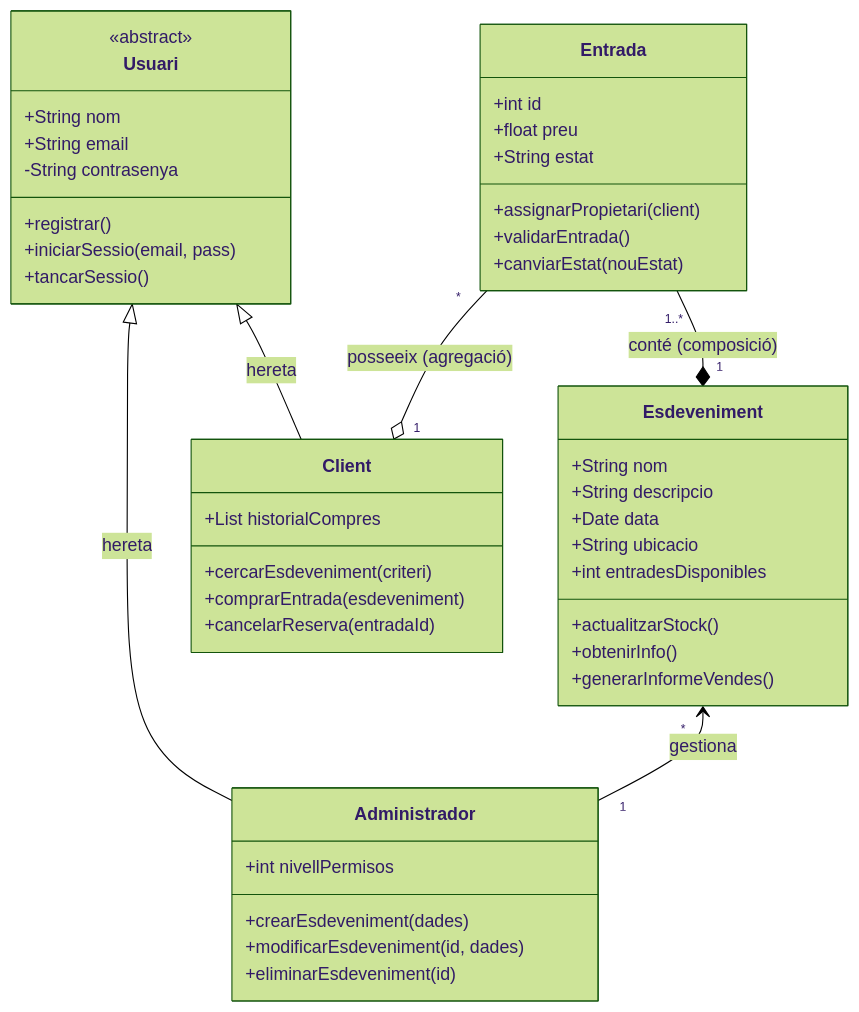
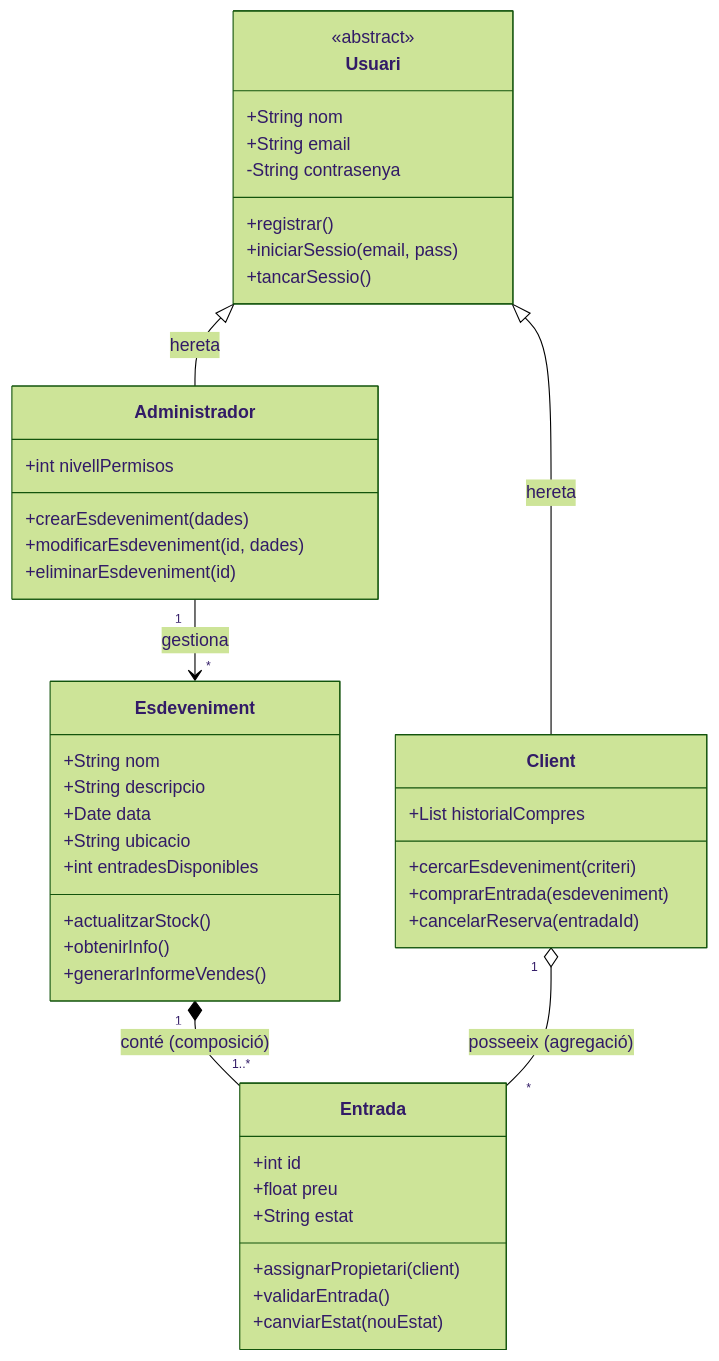
Before and after one commit to Gerardmorsilvestre/Entorns-25-26: the diagram in charts/UML.mermaid, drawn with Mermaid (forest theme).

```diff
--- a/charts/UML.mermaid
+++ b/charts/UML.mermaid
@@ -1,56 +1,56 @@
 classDiagram
-    direction BT
-    
+    direction TB
+
     %% Classe Base d'Usuari
     class Usuari {
         <<abstract>>
         +String nom
         +String email
         -String contrasenya
         +registrar()
         +iniciarSessio(email, pass)
         +tancarSessio()
     }
 
     %% Especialitzacions d'Usuari
     class Client {
         +List historialCompres
         +cercarEsdeveniment(criteri)
         +comprarEntrada(esdeveniment)
         +cancelarReserva(entradaId)
     }
 
     class Administrador {
         +int nivellPermisos
         +crearEsdeveniment(dades)
         +modificarEsdeveniment(id, dades)
         +eliminarEsdeveniment(id)
     }
 
     %% Entitats del Sistema
     class Esdeveniment {
         +String nom
         +String descripcio
         +Date data
         +String ubicacio
         +int entradesDisponibles
         +actualitzarStock()
         +obtenirInfo()
         +generarInformeVendes()
     }
 
     class Entrada {
         +int id
         +float preu
         +String estat
         +assignarPropietari(client)
         +validarEntrada()
         +canviarEstat(nouEstat)
     }
 
     %% Relacions
-    Client --|> Usuari : hereta
-    Administrador --|> Usuari : hereta
+    Usuari <|-- Client : hereta
+    Usuari <|-- Administrador : hereta
     Administrador "1" --> "*" Esdeveniment : gestiona
     Esdeveniment "1" *-- "1..*" Entrada : conté (composició)
     Client "1" o-- "*" Entrada : posseeix (agregació)
```
